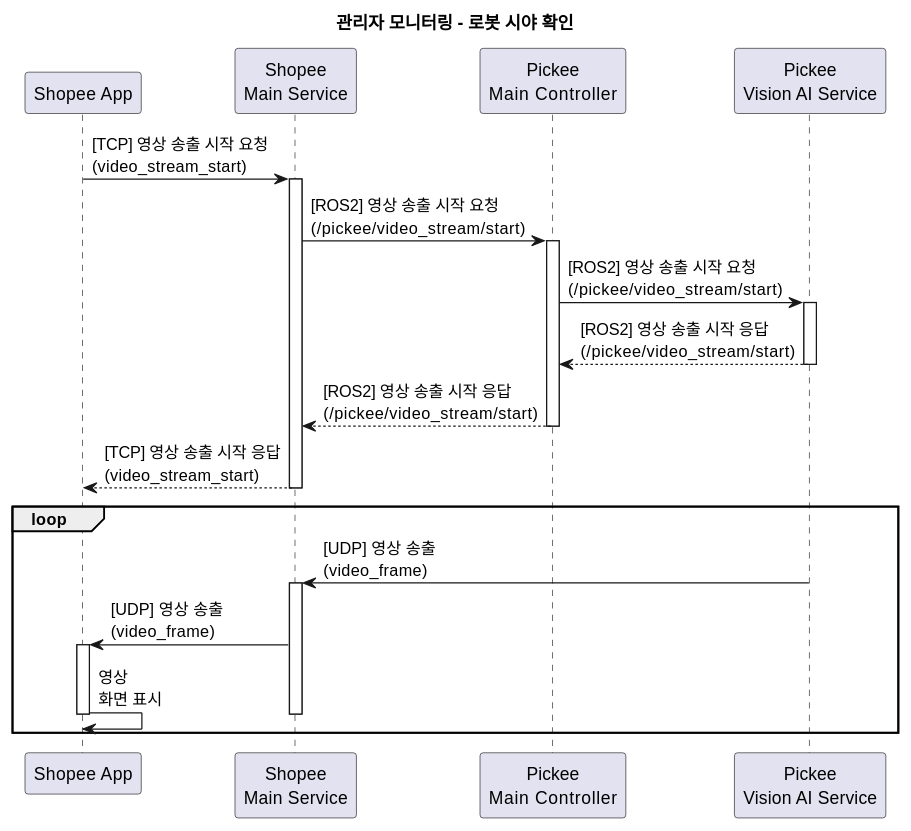
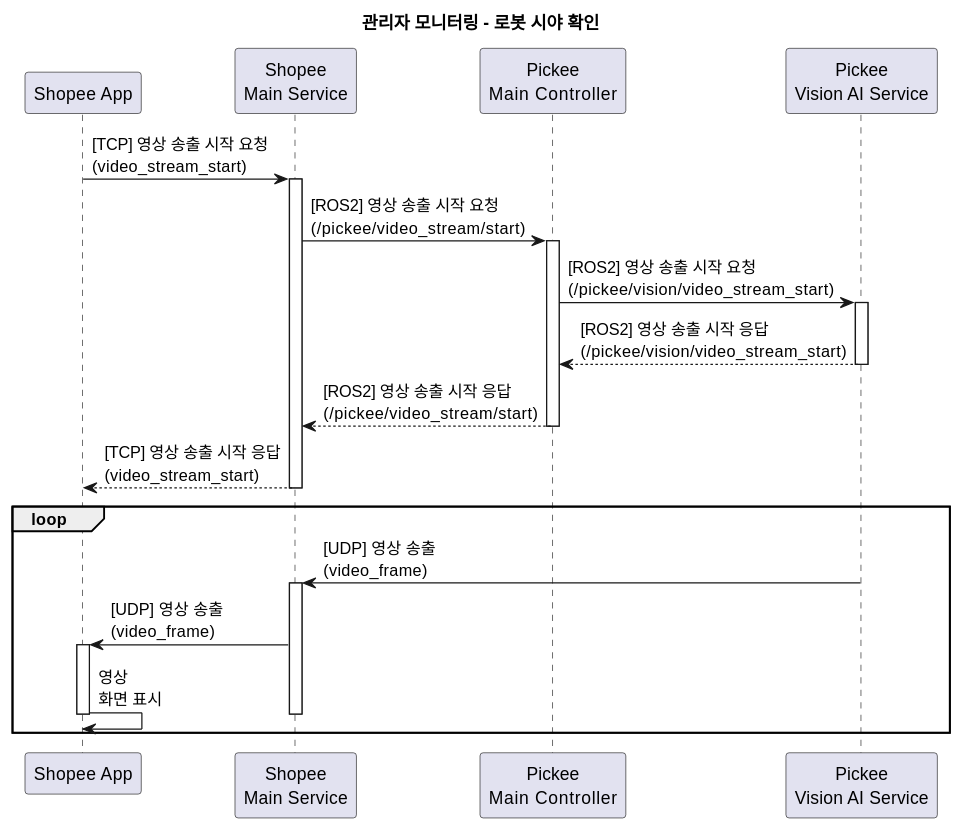
The diagram in docs/SequenceDiagram/SC_05_1_3.md (addinedu-roscamp-7th/roscamp-repo-1), drawn with PlantUML before and after one commit. The commit also changed 1 other file, not shown here.

Commit message:
[PicMain] 설계 docs 수정

```diff
--- a/docs/SequenceDiagram/SC_05_1_3.md
+++ b/docs/SequenceDiagram/SC_05_1_3.md
@@ -1,38 +1,38 @@
 @startuml
 title 관리자 모니터링 - 로봇 시야 확인
 participant "Shopee App" as app
 participant "Shopee\nMain Service" as shopee
 participant "Pickee\nMain Controller" as pickee
 participant "Pickee\nVision AI Service" as vision
 
 app -> shopee: [TCP] 영상 송출 시작 요청\n(video_stream_start)
 activate shopee
 
 shopee -> pickee: [ROS2] 영상 송출 시작 요청\n(/pickee/video_stream/start)
 activate pickee
 
-pickee -> vision: [ROS2] 영상 송출 시작 요청\n(/pickee/video_stream/start)
+pickee -> vision: [ROS2] 영상 송출 시작 요청\n(/pickee/vision/video_stream_start)
 activate vision
 
-vision --> pickee: [ROS2] 영상 송출 시작 응답\n(/pickee/video_stream/start)
+vision --> pickee: [ROS2] 영상 송출 시작 응답\n(/pickee/vision/video_stream_start)
 deactivate vision
 
 pickee --> shopee: [ROS2] 영상 송출 시작 응답\n(/pickee/video_stream/start)
 deactivate pickee
 
 shopee --> app: [TCP] 영상 송출 시작 응답\n(video_stream_start)
 deactivate shopee
 
 loop
     vision -> shopee: [UDP] 영상 송출\n(video_frame)
     activate shopee
     
     shopee -> app: [UDP] 영상 송출\n(video_frame)
     activate app
     
     app -> app: 영상\n화면 표시
     deactivate app
     deactivate shopee
 end
 
 @enduml
```
